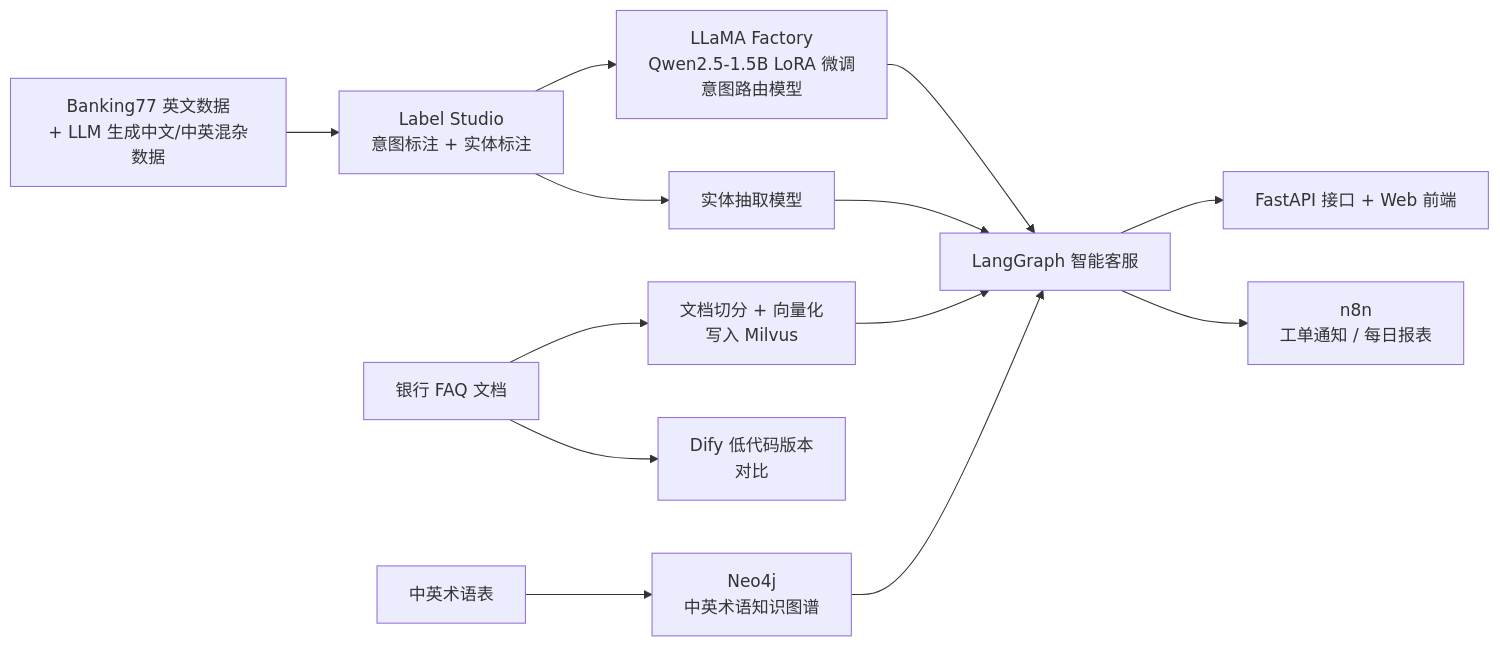
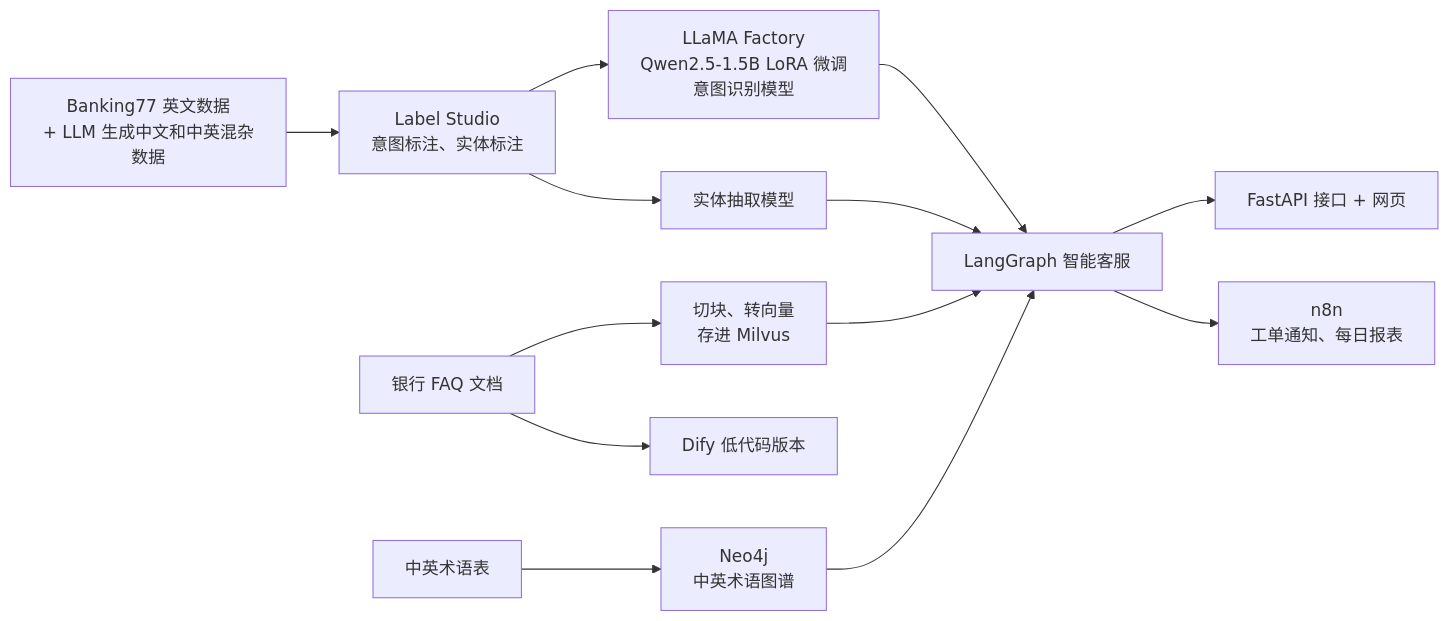
Before and after one commit to ChamLeeHam/bank-cs: the first of 2 diagrams in 需求文档.md, drawn with Mermaid. The commit also changed other lines of this file and 28 other files, not shown here.

````diff
--- a/需求文档.md
+++ b/需求文档.md
@@ -88,15 +82,15 @@
 ```mermaid
 flowchart LR
-    A[Banking77 英文数据<br/>+ LLM 生成中文/中英混杂数据] --> B[Label Studio<br/>意图标注 + 实体标注]
-    B --> C[LLaMA Factory<br/>Qwen2.5-1.5B LoRA 微调<br/>意图路由模型]
+    A[Banking77 英文数据<br/>+ LLM 生成中文和中英混杂数据] --> B[Label Studio<br/>意图标注、实体标注]
+    B --> C[LLaMA Factory<br/>Qwen2.5-1.5B LoRA 微调<br/>意图识别模型]
     B --> D[实体抽取模型]
-    E[银行 FAQ 文档] --> F[文档切分 + 向量化<br/>写入 Milvus]
-    T[中英术语表] --> H[Neo4j<br/>中英术语知识图谱]
+    E[银行 FAQ 文档] --> F[切块、转向量<br/>存进 Milvus]
+    T[中英术语表] --> H[Neo4j<br/>中英术语图谱]
     C --> I[LangGraph 智能客服]
     D --> I
     F --> I
     H --> I
-    I --> J[FastAPI 接口 + Web 前端]
-    I --> K[n8n<br/>工单通知 / 每日报表]
-    E --> L[Dify 低代码版本<br/>对比]
+    I --> J[FastAPI 接口 + 网页]
+    I --> K[n8n<br/>工单通知、每日报表]
+    E --> L[Dify 低代码版本]
 ```
````
